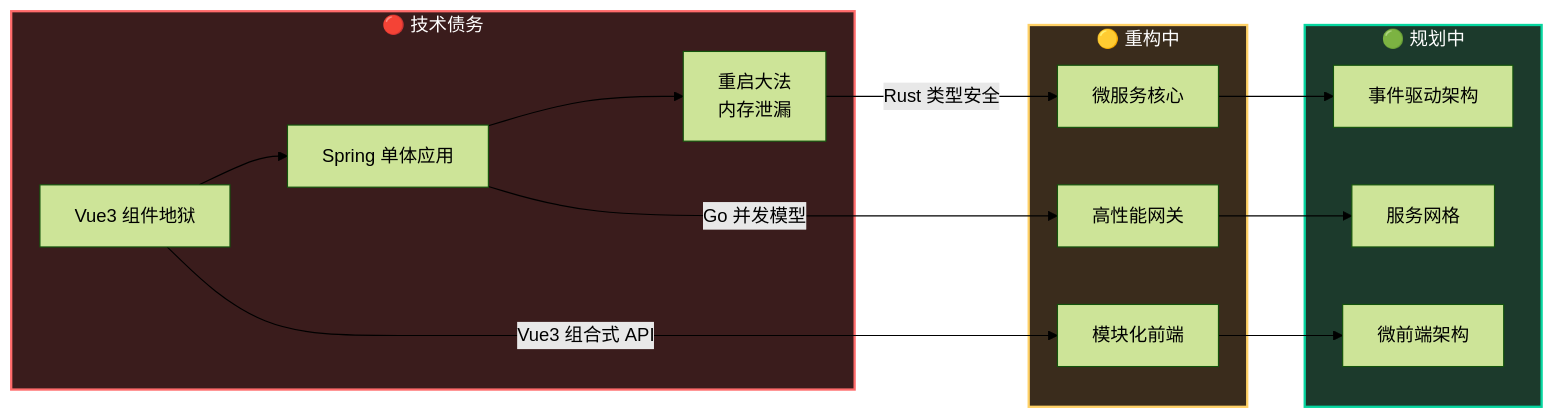
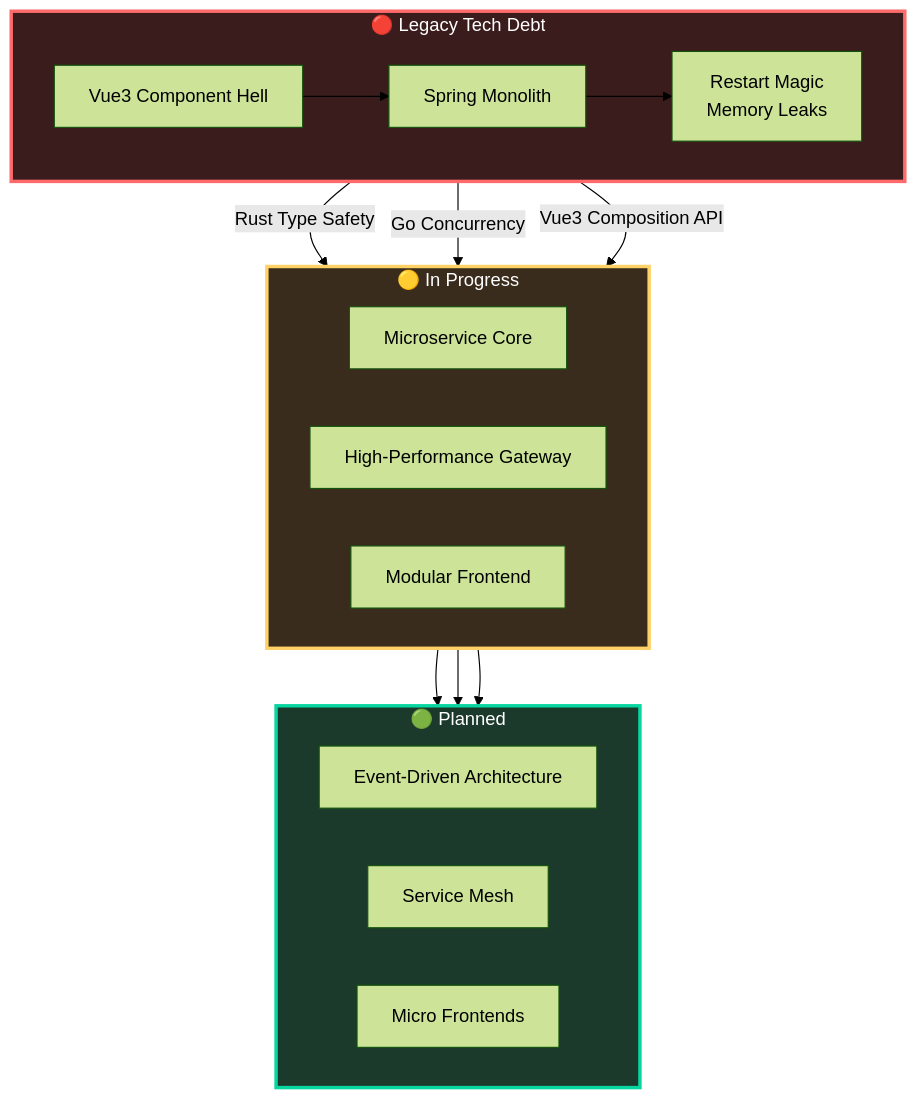
Before and after one commit to GuLuGuLu3399/GuLuGuLu3399: the diagram in README.md, drawn with Mermaid (forest theme). The commit also changed other lines of this file, not shown here.

````diff
--- a/README.md
+++ b/README.md
@@ -70,23 +72,26 @@
-  ```mermaid
-  graph LR
-      subgraph LEGACY [🔴 技术债务]
-          A[Vue3 组件地狱] --> B[Spring 单体应用]
-          B --> C[重启大法<br/>内存泄漏]
-      end
-
-      subgraph IN_PROGRESS [🟡 重构中]
-          C -->|Rust 类型安全| D[微服务核心]
-          B -->|Go 并发模型| E[高性能网关]
-          A -->|Vue3 组合式 API| F[模块化前端]
-      end
-
-      subgraph FUTURE [🟢 规划中]
-          D --> G[事件驱动架构]
-          E --> H[服务网格]
-          F --> I[微前端架构]
-      end
-
-      style LEGACY fill:#3a1c1c,stroke:#ff6b6b,stroke-width:2px,color:#fff
-      style IN_PROGRESS fill:#3a2c1c,stroke:#ffd166,stroke-width:2px,color:#fff
-      style FUTURE fill:#1c3a2c,stroke:#06d6a0,stroke-width:2px,color:#fff
-  ```
+```mermaid
+flowchart TD
+    subgraph LEGACY[🔴 Legacy Tech Debt]
+        direction LR
+        A[Vue3 Component Hell] --> B[Spring Monolith]
+        B --> C[Restart Magic<br/>Memory Leaks]
+    end
+    
+    subgraph IN_PROGRESS[🟡 In Progress]
+        direction LR
+        C -->|Rust Type Safety| D[Microservice Core]
+        B -->|Go Concurrency| E[High-Performance Gateway]
+        A -->|Vue3 Composition API| F[Modular Frontend]
+    end
+    
+    subgraph FUTURE[🟢 Planned]
+        direction LR
+        D --> G[Event-Driven Architecture]
+        E --> H[Service Mesh]
+        F --> I[Micro Frontends]
+    end
+    
+    style LEGACY fill:#3a1c1c,stroke:#ff6b6b,stroke-width:3px,color:#fff
+    style IN_PROGRESS fill:#3a2c1c,stroke:#ffd166,stroke-width:3px,color:#fff
+    style FUTURE fill:#1c3a2c,stroke:#06d6a0,stroke-width:3px,color:#fff
+```
````
